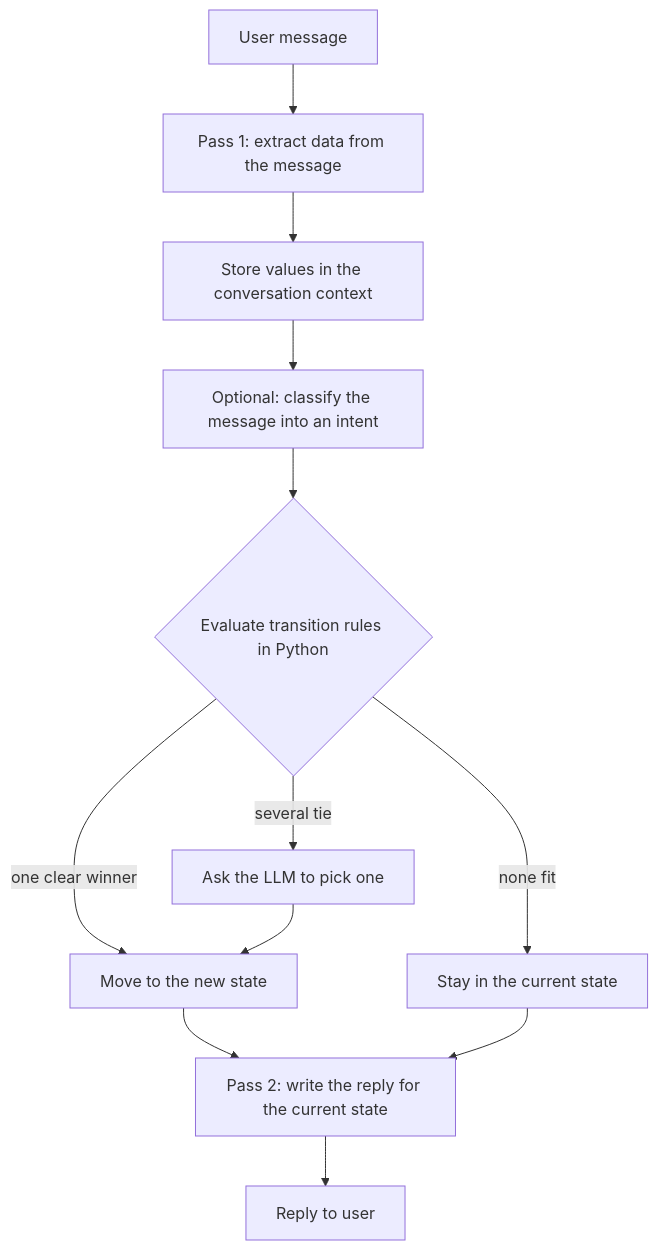
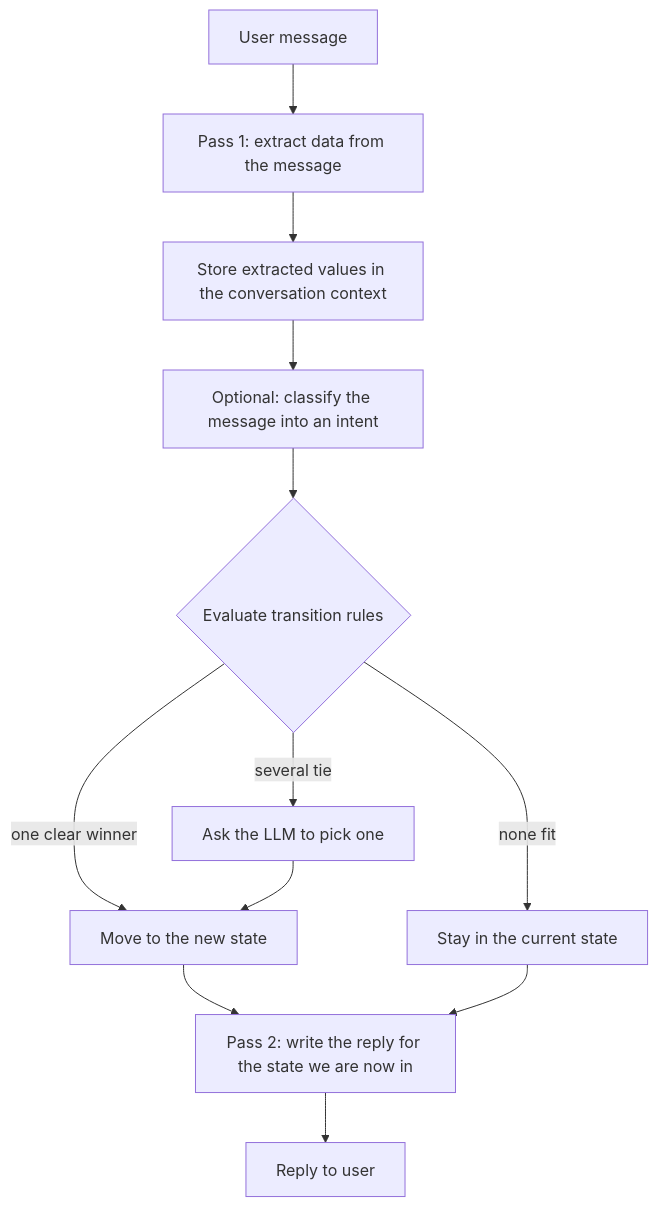
The first of 2 diagrams in src/README.md (NikolasMarkou/fsm_llm), drawn with Mermaid before and after one commit. The commit also changed other lines of this file and 171 other files, not shown here.

````diff
--- a/src/README.md
+++ b/src/README.md
@@ -20,13 +15,13 @@
 ```mermaid
 flowchart TD
     U[User message] --> P1[Pass 1: extract data from the message]
-    P1 --> C[Store values in the conversation context]
+    P1 --> C[Store extracted values in the conversation context]
     C --> CL[Optional: classify the message into an intent]
-    CL --> T{Evaluate transition rules in Python}
+    CL --> T{Evaluate transition rules}
     T -- one clear winner --> S[Move to the new state]
     T -- several tie --> L[Ask the LLM to pick one] --> S
     T -- none fit --> K[Stay in the current state]
-    S --> P2[Pass 2: write the reply for the current state]
+    S --> P2[Pass 2: write the reply for the state we are now in]
     K --> P2
     P2 --> R[Reply to user]
 ```
````
